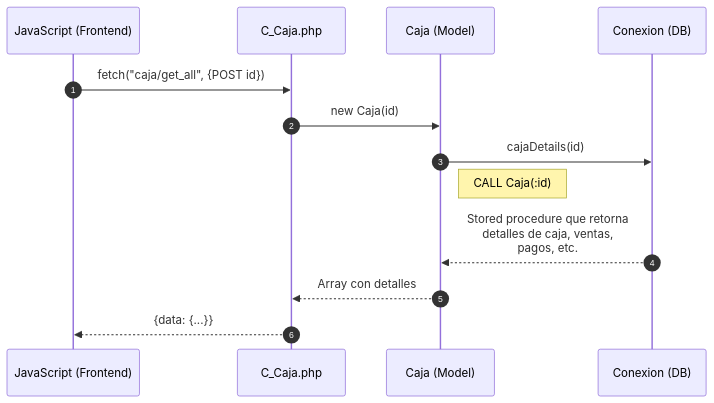
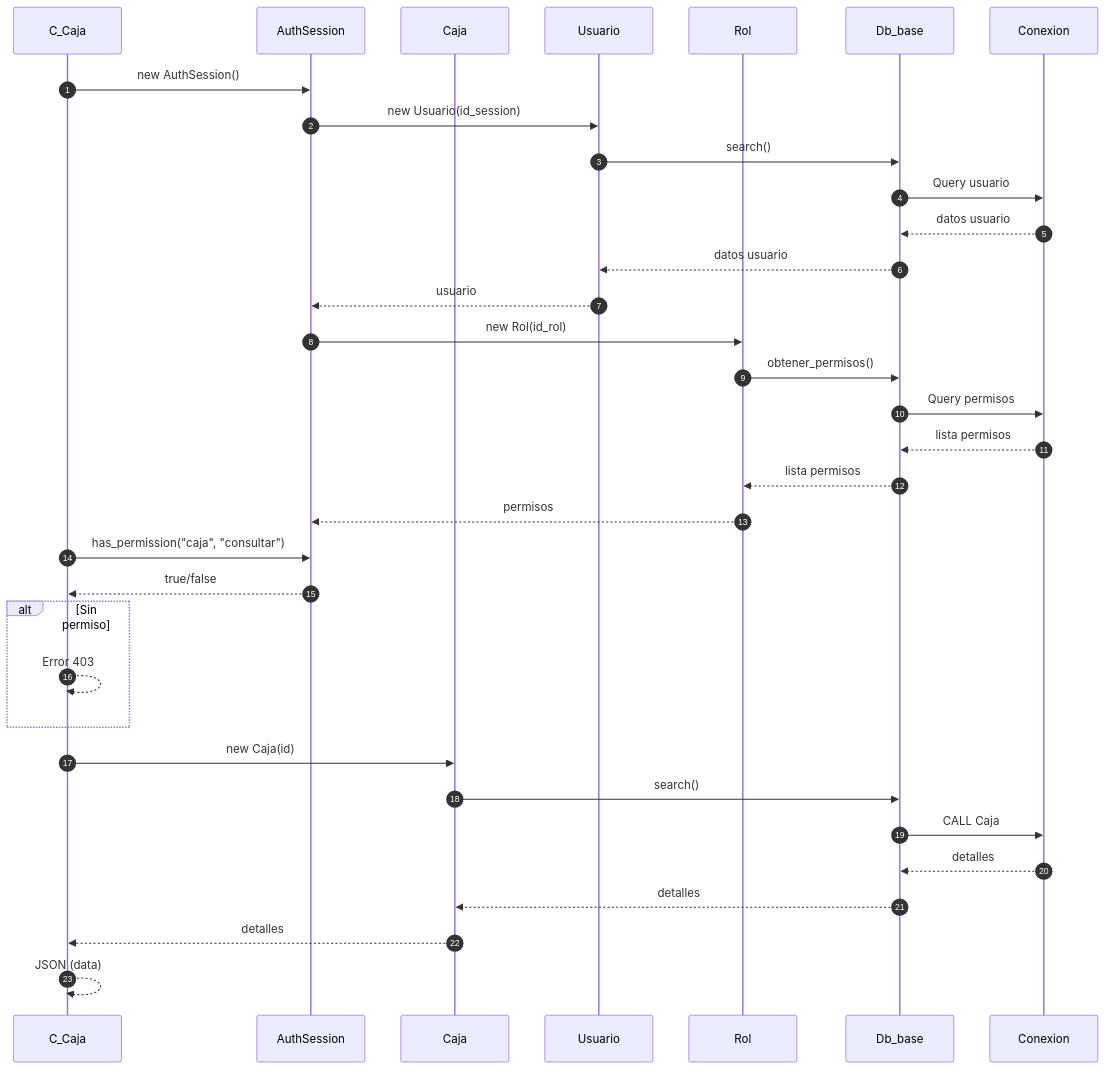
The fifth of 5 diagrams in docs/secuencia/caja/caja.md (Tecrato/BurgerHouse), drawn with Mermaid before and after one commit. The commit also changed other lines of this file and 13 other files, not shown here.

First line of the commit message:
diagramas actualizaos

````diff
--- a/docs/secuencia/caja/caja.md
+++ b/docs/secuencia/caja/caja.md
@@ -119,18 +209,42 @@
 ```mermaid
 sequenceDiagram
     autonumber
-    participant JS as JavaScript (Frontend)
-    participant C_Caja as C_Caja.php
-    participant Caja as Caja (Model)
-    participant DB as Conexion (DB)
+    participant C_Caja as C_Caja
+    participant AuthSession as AuthSession
+    participant Caja as Caja
+    participant Usuario as Usuario
+    participant Rol as Rol
+    participant Db_base as Db_base
+    participant Conexion as Conexion
     
-    JS->>C_Caja: fetch("caja/get_all", {POST id})
+    C_Caja->>AuthSession: new AuthSession()
+    AuthSession->>Usuario: new Usuario(id_session)
+    Usuario->>Db_base: search()
+    Db_base->>Conexion: Query usuario
+    Conexion-->>Db_base: datos usuario
+    Db_base-->>Usuario: datos usuario
+    Usuario-->>AuthSession: usuario
+    
+    AuthSession->>Rol: new Rol(id_rol)
+    Rol->>Db_base: obtener_permisos()
+    Db_base->>Conexion: Query permisos
+    Conexion-->>Db_base: lista permisos
+    Db_base-->>Rol: lista permisos
+    Rol-->>AuthSession: permisos
+    
+    C_Caja->>AuthSession: has_permission("caja", "consultar")
+    AuthSession-->>C_Caja: true/false
+    
+    alt Sin permiso
+        C_Caja-->>C_Caja: Error 403
+    end
     
     C_Caja->>Caja: new Caja(id)
-    Caja->>DB: cajaDetails(id)
-    Note right of Caja: CALL Caja(:id)
-    DB-->>Caja: Stored procedure que retorna<br/>detalles de caja, ventas,<br/>pagos, etc.
-    Caja-->>C_Caja: Array con detalles
+    Caja->>Db_base: search()
+    Db_base->>Conexion: CALL Caja
+    Conexion-->>Db_base: detalles
+    Db_base-->>Caja: detalles
+    Caja-->>C_Caja: detalles
     
-    C_Caja-->>JS: {data: {...}}
+    C_Caja-->>C_Caja: JSON (data)
 ```
````
